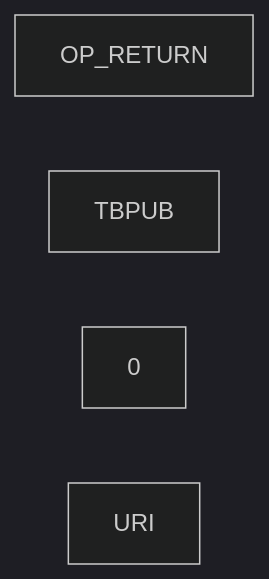
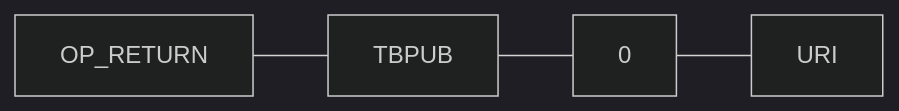
One commit to calebCrackle/tbpub-blockexplorer changed the second of 2 diagrams in README.md. Above: the diagram before and after it, drawn with Mermaid (dark theme).

Commit message:
readme update

````diff
--- a/README.md
+++ b/README.md
@@ -79,7 +79,8 @@
 ```mermaid
 graph LR;
     One[OP_RETURN];
     Two[TBPUB];
     Three[0];
     Four[URI];
+    One --- Two --- Three --- Four;
 ```
````
